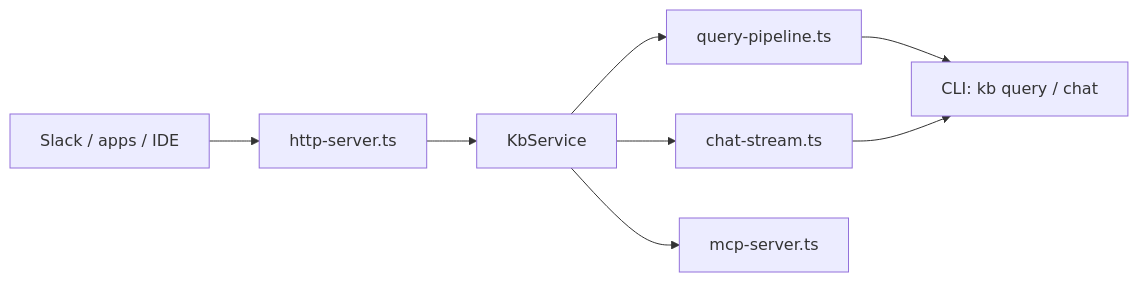
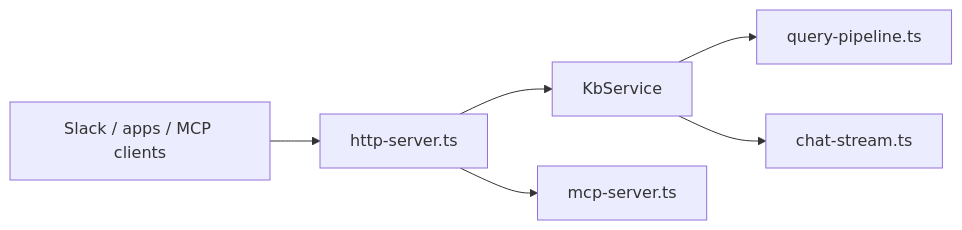
The diagram in src/server/SERVER.md (rosenjcb/kb), drawn with Mermaid before and after one commit. The commit also changed other lines of this file and 18 other files, not shown here.

First line of the commit message:
refactor(server): drop kb mcp CLI; use server start --with-mcp

````diff
--- a/src/server/SERVER.md
+++ b/src/server/SERVER.md
@@ -16,18 +16,15 @@
 ```mermaid
 flowchart LR
-  Client["Slack / apps / IDE"]
+  Client["Slack / apps / MCP clients"]
   HTTP["http-server.ts"]
   Svc["KbService"]
   Pipe["query-pipeline.ts"]
   Chat["chat-stream.ts"]
   MCP["mcp-server.ts"]
-  CLI["CLI: kb query / chat"]
 
   Client --> HTTP
   HTTP --> Svc
   Svc --> Pipe
   Svc --> Chat
-  Svc --> MCP
-  Pipe --> CLI
-  Chat --> CLI
+  HTTP --> MCP
 ```
````
